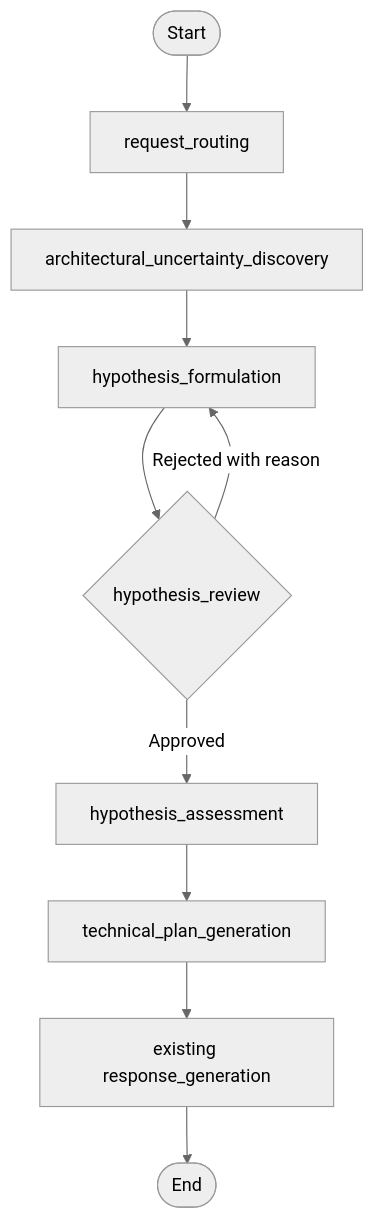
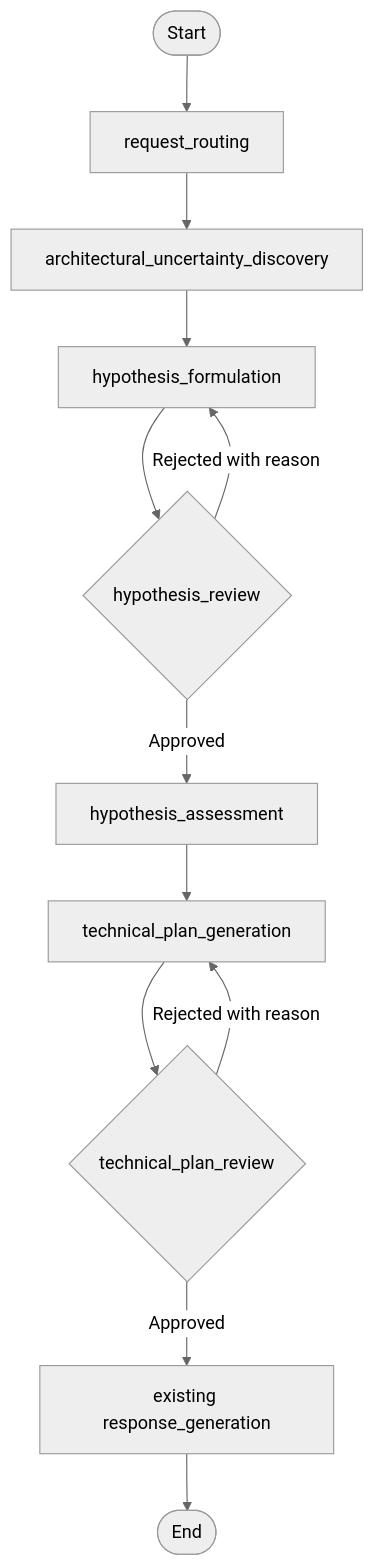
Before and after one commit to archhypo-ai/archflow-solo: the diagram in docs/archhypo-flow.md, drawn with Mermaid (neutral theme). The commit also changed other lines of this file and 42 other files, not shown here.

Commit message:
Add technical plan human review gate

````diff
--- a/docs/archhypo-flow.md
+++ b/docs/archhypo-flow.md
@@ -16,12 +17,14 @@
 ```mermaid
 flowchart TD
     START([Start]) --> ROUTING[request_routing]
     ROUTING --> DISCOVERY[architectural_uncertainty_discovery]
     DISCOVERY --> FORMULATION[hypothesis_formulation]
     FORMULATION --> REVIEW{hypothesis_review}
     REVIEW -->|Approved| ASSESSMENT[hypothesis_assessment]
     REVIEW -->|Rejected with reason| FORMULATION
     ASSESSMENT --> PLAN[technical_plan_generation]
-    PLAN --> RESPONSE[existing response_generation]
+    PLAN --> PLAN_REVIEW{technical_plan_review}
+    PLAN_REVIEW -->|Approved| RESPONSE[existing response_generation]
+    PLAN_REVIEW -->|Rejected with reason| PLAN
     RESPONSE --> END([End])
 ```
````
